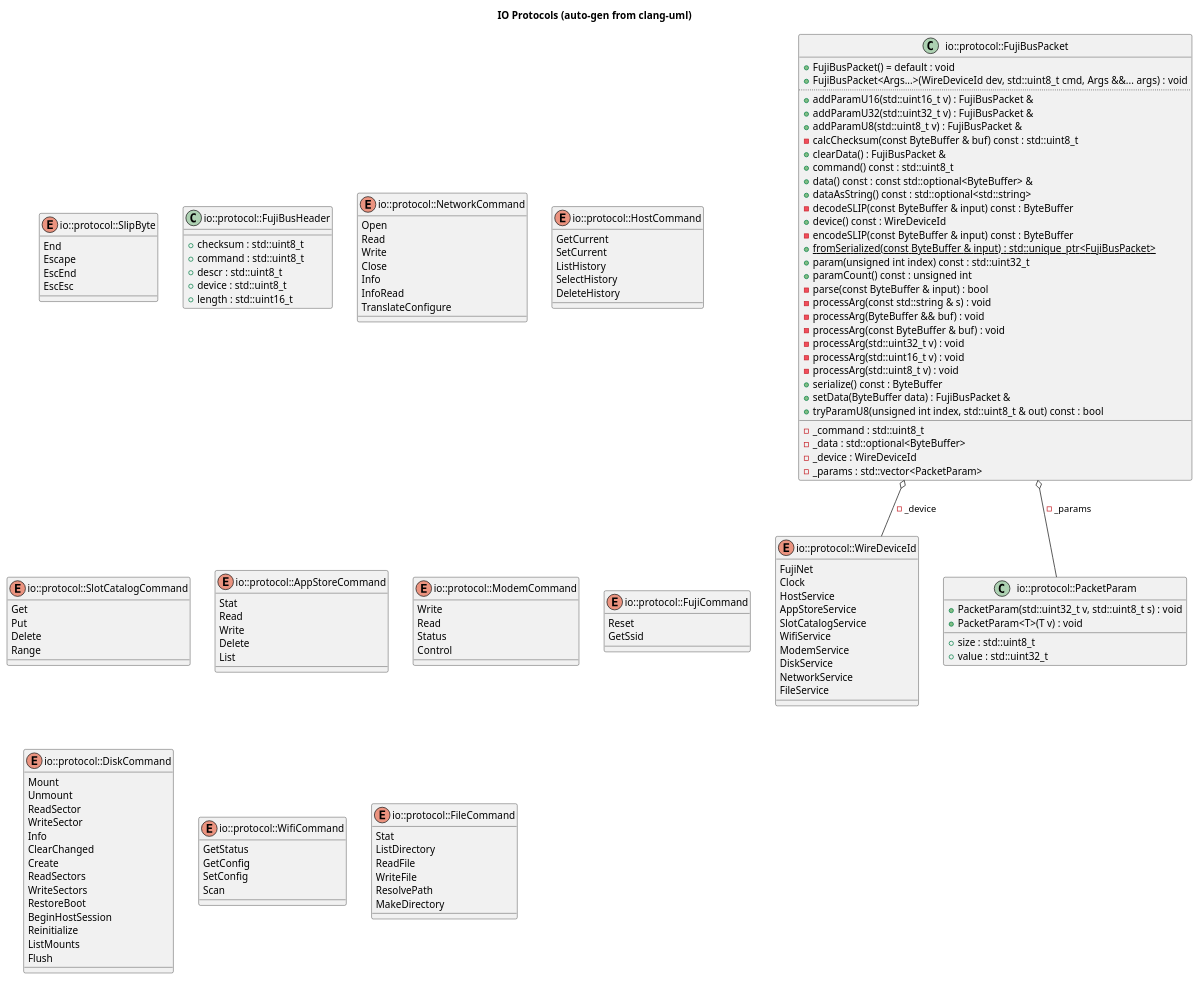
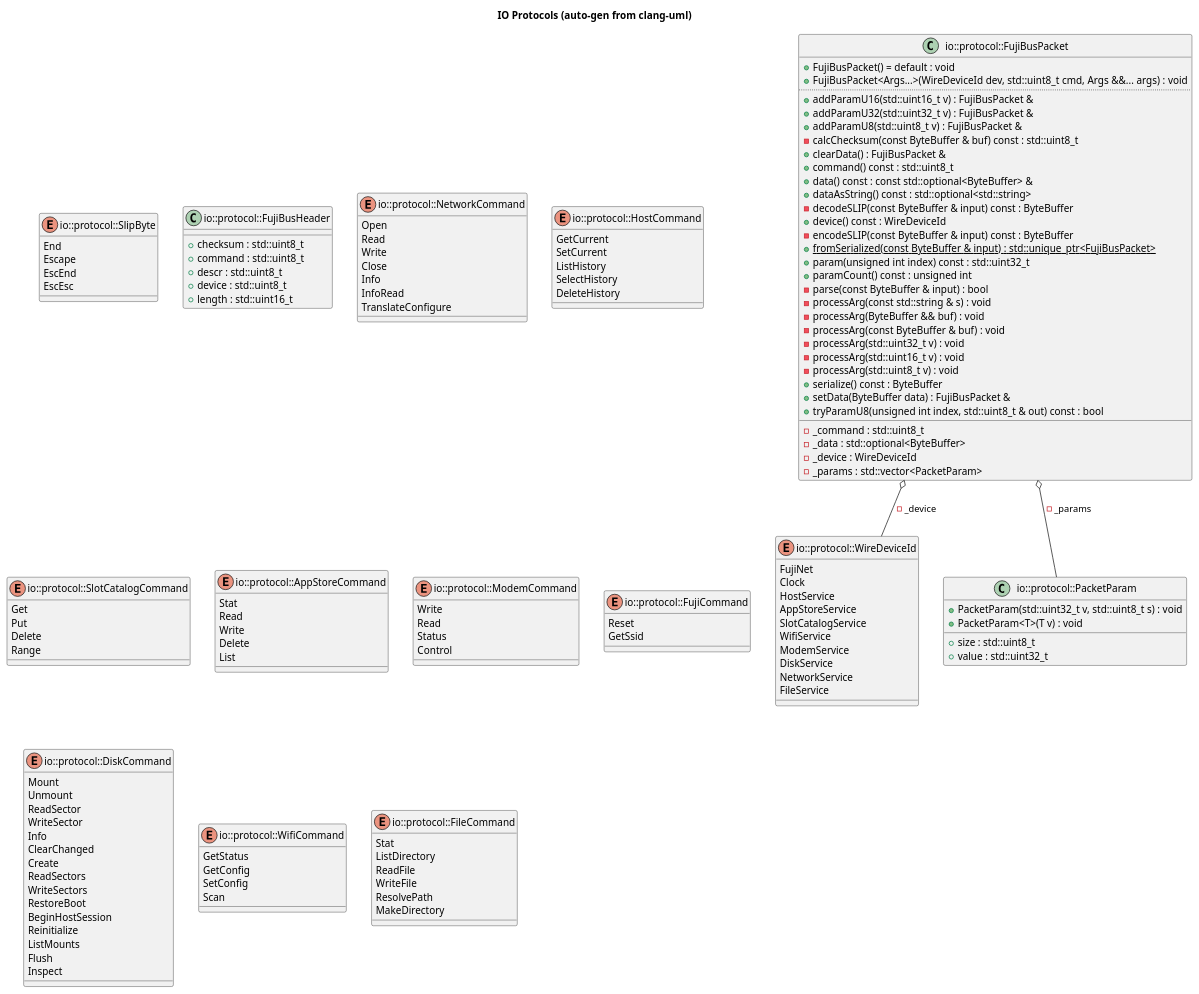
One commit to markjfisher/fujinet-nio changed the diagram in docs/uml/gen_io_protocol.puml. Above: the diagram before and after it, drawn with PlantUML. The commit also changed 3 other files, not shown here.

Commit message:
chore: update auto-generated UML diagrams

```diff
--- a/docs/uml/gen_io_protocol.puml
+++ b/docs/uml/gen_io_protocol.puml
@@ -1,158 +1,159 @@
 @startuml
 title IO Protocols (auto-gen from clang-uml)
 enum "io::protocol::WireDeviceId" as C_0015225225004340369839
 enum C_0015225225004340369839 {
 FujiNet
 Clock
 HostService
 AppStoreService
 SlotCatalogService
 WifiService
 ModemService
 DiskService
 NetworkService
 FileService
 }
 enum "io::protocol::SlipByte" as C_0010627602090167488081
 enum C_0010627602090167488081 {
 End
 Escape
 EscEnd
 EscEsc
 }
 class "io::protocol::PacketParam" as C_0003277087640557799971
 class C_0003277087640557799971 {
 +PacketParam(std::uint32_t v, std::uint8_t s) : void
 +PacketParam<T>(T v) : void
 __
 +size : std::uint8_t
 +value : std::uint32_t
 }
 class "io::protocol::FujiBusPacket" as C_0017232777488057089840
 class C_0017232777488057089840 {
 +FujiBusPacket() = default : void
 +FujiBusPacket<Args...>(WireDeviceId dev, std::uint8_t cmd, Args &&... args) : void
 ..
 +addParamU16(std::uint16_t v) : FujiBusPacket &
 +addParamU32(std::uint32_t v) : FujiBusPacket &
 +addParamU8(std::uint8_t v) : FujiBusPacket &
 -calcChecksum(const ByteBuffer & buf) const : std::uint8_t
 +clearData() : FujiBusPacket &
 +command() const : std::uint8_t
 +data() const : const std::optional<ByteBuffer> &
 +dataAsString() const : std::optional<std::string>
 -decodeSLIP(const ByteBuffer & input) const : ByteBuffer
 +device() const : WireDeviceId
 -encodeSLIP(const ByteBuffer & input) const : ByteBuffer
 {static} +fromSerialized(const ByteBuffer & input) : std::unique_ptr<FujiBusPacket>
 +param(unsigned int index) const : std::uint32_t
 +paramCount() const : unsigned int
 -parse(const ByteBuffer & input) : bool
 -processArg(const std::string & s) : void
 -processArg(ByteBuffer && buf) : void
 -processArg(const ByteBuffer & buf) : void
 -processArg(std::uint32_t v) : void
 -processArg(std::uint16_t v) : void
 -processArg(std::uint8_t v) : void
 +serialize() const : ByteBuffer
 +setData(ByteBuffer data) : FujiBusPacket &
 +tryParamU8(unsigned int index, std::uint8_t & out) const : bool
 __
 -_command : std::uint8_t
 -_data : std::optional<ByteBuffer>
 -_device : WireDeviceId
 -_params : std::vector<PacketParam>
 }
 class "io::protocol::FujiBusHeader" as C_0009954510640382192371
 class C_0009954510640382192371 {
 __
 +checksum : std::uint8_t
 +command : std::uint8_t
 +descr : std::uint8_t
 +device : std::uint8_t
 +length : std::uint16_t
 }
 enum "io::protocol::NetworkCommand" as C_0007700754280455587098
 enum C_0007700754280455587098 {
 Open
 Read
 Write
 Close
 Info
 InfoRead
 TranslateConfigure
 }
 enum "io::protocol::HostCommand" as C_0007123260493549580442
 enum C_0007123260493549580442 {
 GetCurrent
 SetCurrent
 ListHistory
 SelectHistory
 DeleteHistory
 }
 enum "io::protocol::SlotCatalogCommand" as C_0000459409847653698260
 enum C_0000459409847653698260 {
 Get
 Put
 Delete
 Range
 }
 enum "io::protocol::AppStoreCommand" as C_0006374947442224284008
 enum C_0006374947442224284008 {
 Stat
 Read
 Write
 Delete
 List
 }
 enum "io::protocol::ModemCommand" as C_0010997942004027913014
 enum C_0010997942004027913014 {
 Write
 Read
 Status
 Control
 }
 enum "io::protocol::FujiCommand" as C_0004628219160953719395
 enum C_0004628219160953719395 {
 Reset
 GetSsid
 }
 enum "io::protocol::DiskCommand" as C_0015699043703645047876
 enum C_0015699043703645047876 {
 Mount
 Unmount
 ReadSector
 WriteSector
 Info
 ClearChanged
 Create
 ReadSectors
 WriteSectors
 RestoreBoot
 BeginHostSession
 Reinitialize
 ListMounts
 Flush
+Inspect
 }
 enum "io::protocol::WifiCommand" as C_0015484389551772629797
 enum C_0015484389551772629797 {
 GetStatus
 GetConfig
 SetConfig
 Scan
 }
 enum "io::protocol::FileCommand" as C_0003895064208135060769
 enum C_0003895064208135060769 {
 Stat
 ListDirectory
 ReadFile
 WriteFile
 ResolvePath
 MakeDirectory
 }
 C_0017232777488057089840 o-- C_0015225225004340369839 : -_device
 C_0017232777488057089840 o-- C_0003277087640557799971 : -_params
 
 'Generated with clang-uml, version 0.6.3
 'LLVM version Ubuntu clang version 18.1.3 (1ubuntu1)
 @enduml
```
